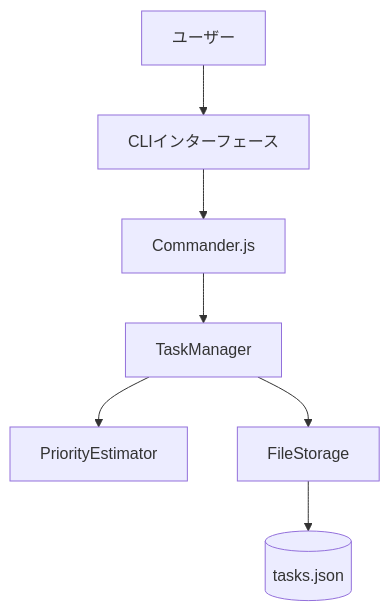
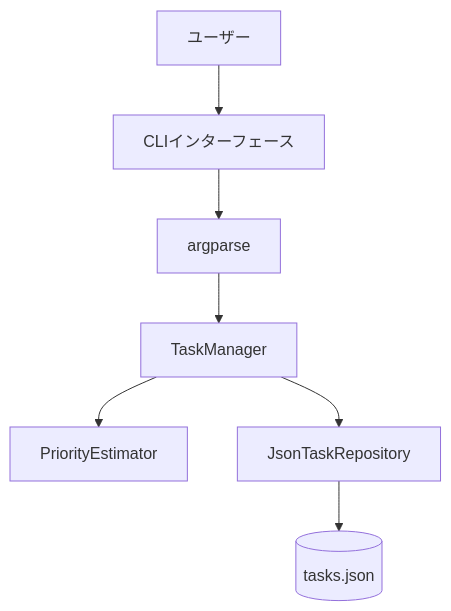
The second of 4 diagrams in .claude/skills/functional-design/guide.md (miso-taku/claude_code_work), drawn with Mermaid before and after one commit. The commit also changed other lines of this file and 23 other files, not shown here.

````diff
--- a/.claude/skills/functional-design/guide.md
+++ b/.claude/skills/functional-design/guide.md
@@ -50,17 +50,17 @@
 ```mermaid
 graph TB
     User[ユーザー]
     CLI[CLIインターフェース]
-    Commander[Commander.js]
+    ArgParser[argparse]
     TaskManager[TaskManager]
     PriorityEstimator[PriorityEstimator]
-    FileStorage[FileStorage]
+    TaskRepository[JsonTaskRepository]
     JSON[(tasks.json)]
 
     User --> CLI
-    CLI --> Commander
-    Commander --> TaskManager
+    CLI --> ArgParser
+    ArgParser --> TaskManager
     TaskManager --> PriorityEstimator
-    TaskManager --> FileStorage
-    FileStorage --> JSON
+    TaskManager --> TaskRepository
+    TaskRepository --> JSON
 ```
````
